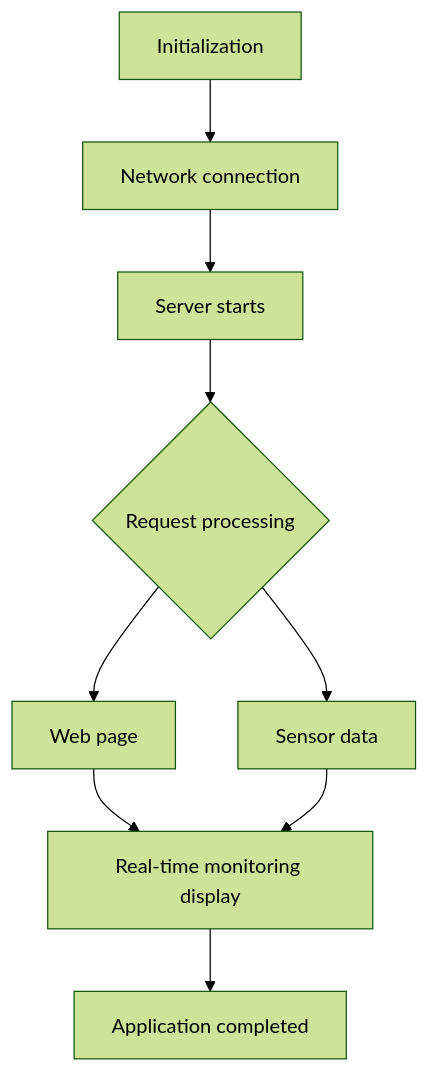
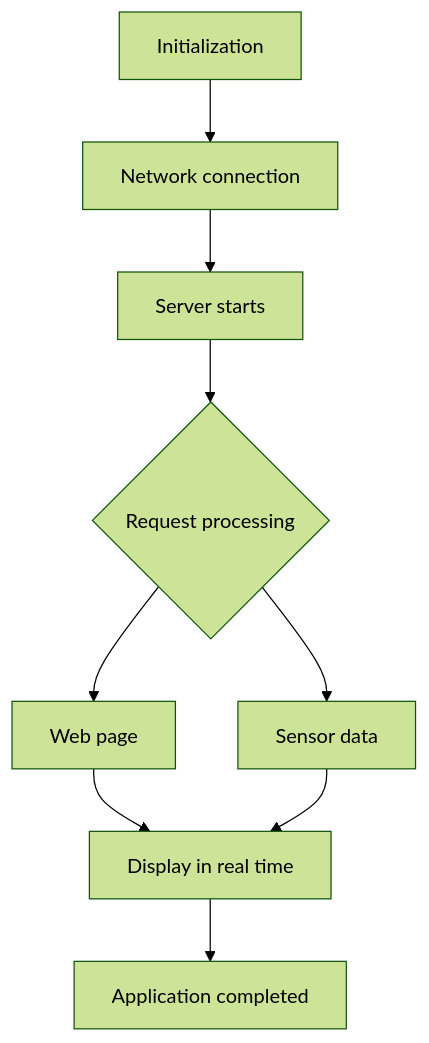
The diagram in docs/4.Arduino Projects/4.3 Projects/Project 14.md (keyestudio/KS0597-), drawn with Mermaid (forest theme) before and after one commit. The commit also changed 9 other files, not shown here.

````diff
--- a/docs/4.Arduino Projects/4.3 Projects/Project 14.md
+++ b/docs/4.Arduino Projects/4.3 Projects/Project 14.md
@@ -27,11 +27,11 @@
 ```mermaid
 flowchart TD
     A[Initialization] --> B[Network connection]
     B --> C[Server starts]
     C --> D{Request processing}
     D --> E[Web page]
     D --> F[Sensor data]
-    E --> G[Real-time monitoring display]
+    E --> G[Display in real time]
     F --> G
     G --> H[Application completed]
 ```
````
